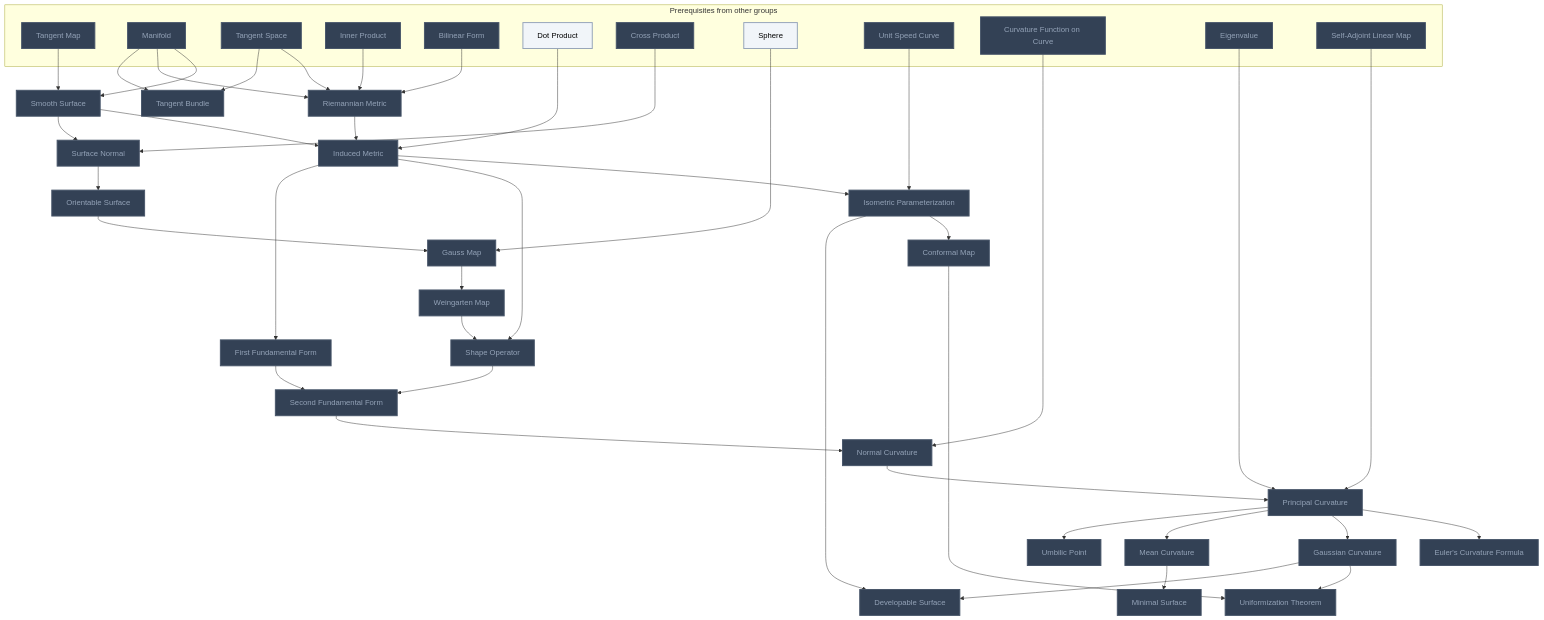
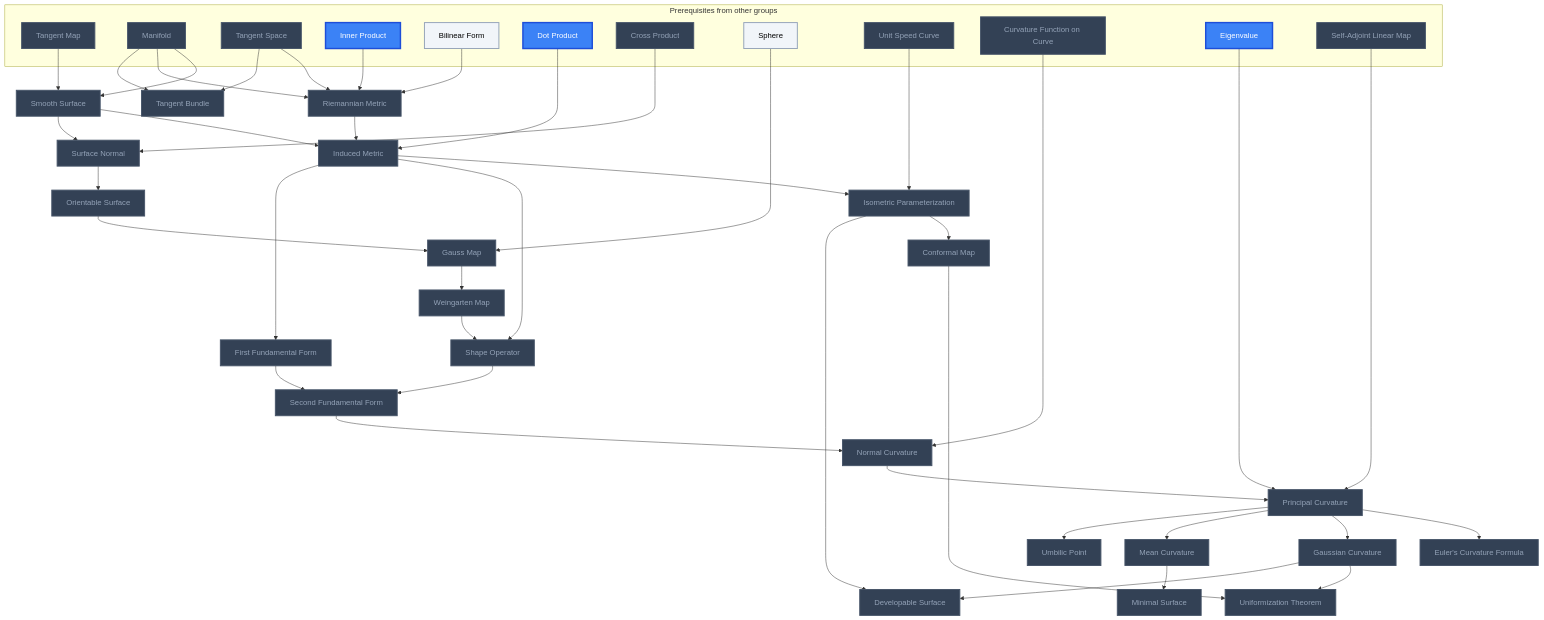
One commit to MRauf1/My-Notes changed the fifth of 21 diagrams in Gamification/Skill Trees/Differential Geometry.md. Above: the diagram before and after it, drawn with Mermaid. The commit also changed other lines of this file and 57 other files, not shown here.

````diff
--- a/Gamification/Skill Trees/Differential Geometry.md
+++ b/Gamification/Skill Trees/Differential Geometry.md
@@ -583,7 +583,8 @@
     n_gaussian_curvature --> n_developable_surface
     n_isometric_parameterization --> n_developable_surface
     n_principal_curvature --> n_umbilic_point
-    class n_tangent_map,n_manifold,n_tangent_space,n_inner_product,n_bilinear_form,n_cross_product,n_unit_speed_curve,n_curvature_function_on_curve,n_eigenvalue,n_self_adjoint_linear_map,n_smooth_surface,n_riemannian_metric,n_induced_metric,n_tangent_bundle,n_surface_normal,n_orientable_surface,n_gauss_map,n_weingarten_map,n_isometric_parameterization,n_conformal_map,n_uniformization_theorem,n_shape_operator,n_first_fundamental_form,n_second_fundamental_form,n_normal_curvature,n_principal_curvature,n_euler_s_curvature_formula,n_gaussian_curvature,n_mean_curvature,n_minimal_surface,n_developable_surface,n_umbilic_point locked;
-    class n_dot_product,n_sphere L0;
+    class n_tangent_map,n_manifold,n_tangent_space,n_cross_product,n_unit_speed_curve,n_curvature_function_on_curve,n_self_adjoint_linear_map,n_smooth_surface,n_riemannian_metric,n_induced_metric,n_tangent_bundle,n_surface_normal,n_orientable_surface,n_gauss_map,n_weingarten_map,n_isometric_parameterization,n_conformal_map,n_uniformization_theorem,n_shape_operator,n_first_fundamental_form,n_second_fundamental_form,n_normal_curvature,n_principal_curvature,n_euler_s_curvature_formula,n_gaussian_curvature,n_mean_curvature,n_minimal_surface,n_developable_surface,n_umbilic_point locked;
+    class n_bilinear_form,n_sphere L0;
+    class n_inner_product,n_dot_product,n_eigenvalue L2;
     class n_tangent_map,n_manifold,n_tangent_space,n_inner_product,n_bilinear_form,n_dot_product,n_cross_product,n_sphere,n_unit_speed_curve,n_curvature_function_on_curve,n_eigenvalue,n_self_adjoint_linear_map,n_smooth_surface,n_riemannian_metric,n_induced_metric,n_tangent_bundle,n_surface_normal,n_orientable_surface,n_gauss_map,n_weingarten_map,n_isometric_parameterization,n_conformal_map,n_uniformization_theorem,n_shape_operator,n_first_fundamental_form,n_second_fundamental_form,n_normal_curvature,n_principal_curvature,n_euler_s_curvature_formula,n_gaussian_curvature,n_mean_curvature,n_minimal_surface,n_developable_surface,n_umbilic_point internal-link;
 ```
````
